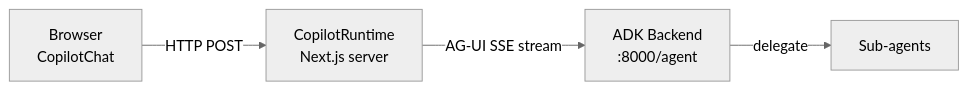
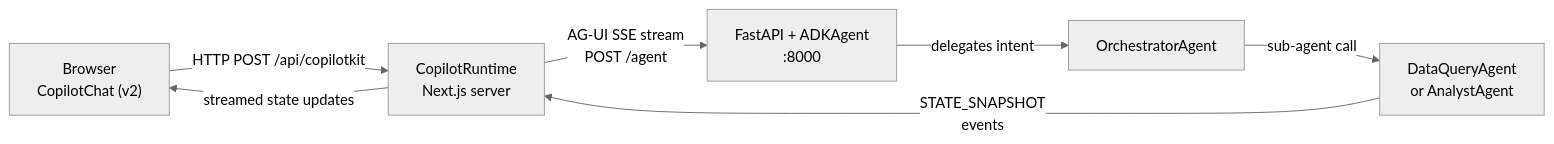
The second of 6 diagrams in docs/architecture.md (Diz312/ai-over-bi), drawn with Mermaid (neutral theme) before and after one commit. The commit also changed other lines of this file and 1 other file, not shown here.

````diff
--- a/docs/architecture.md
+++ b/docs/architecture.md
@@ -71,6 +87,9 @@
 ```mermaid
 flowchart LR
-    A["Browser<br/>CopilotChat"] -->|"HTTP POST"| B["CopilotRuntime<br/>Next.js server"]
-    B -->|"AG-UI SSE stream"| C["ADK Backend<br/>:8000/agent"]
-    C -->|"delegate"| D["Sub-agents"]
+    A["Browser<br/>CopilotChat (v2)"] -->|"HTTP POST /api/copilotkit"| B["CopilotRuntime<br/>Next.js server"]
+    B -->|"AG-UI SSE stream<br/>POST /agent"| C["FastAPI + ADKAgent<br/>:8000"]
+    C -->|"delegates intent"| D["OrchestratorAgent"]
+    D -->|"sub-agent call"| E["DataQueryAgent<br/>or AnalystAgent"]
+    E -->|"STATE_SNAPSHOT<br/>events"| B
+    B -->|"streamed state updates"| A
 ```
````
